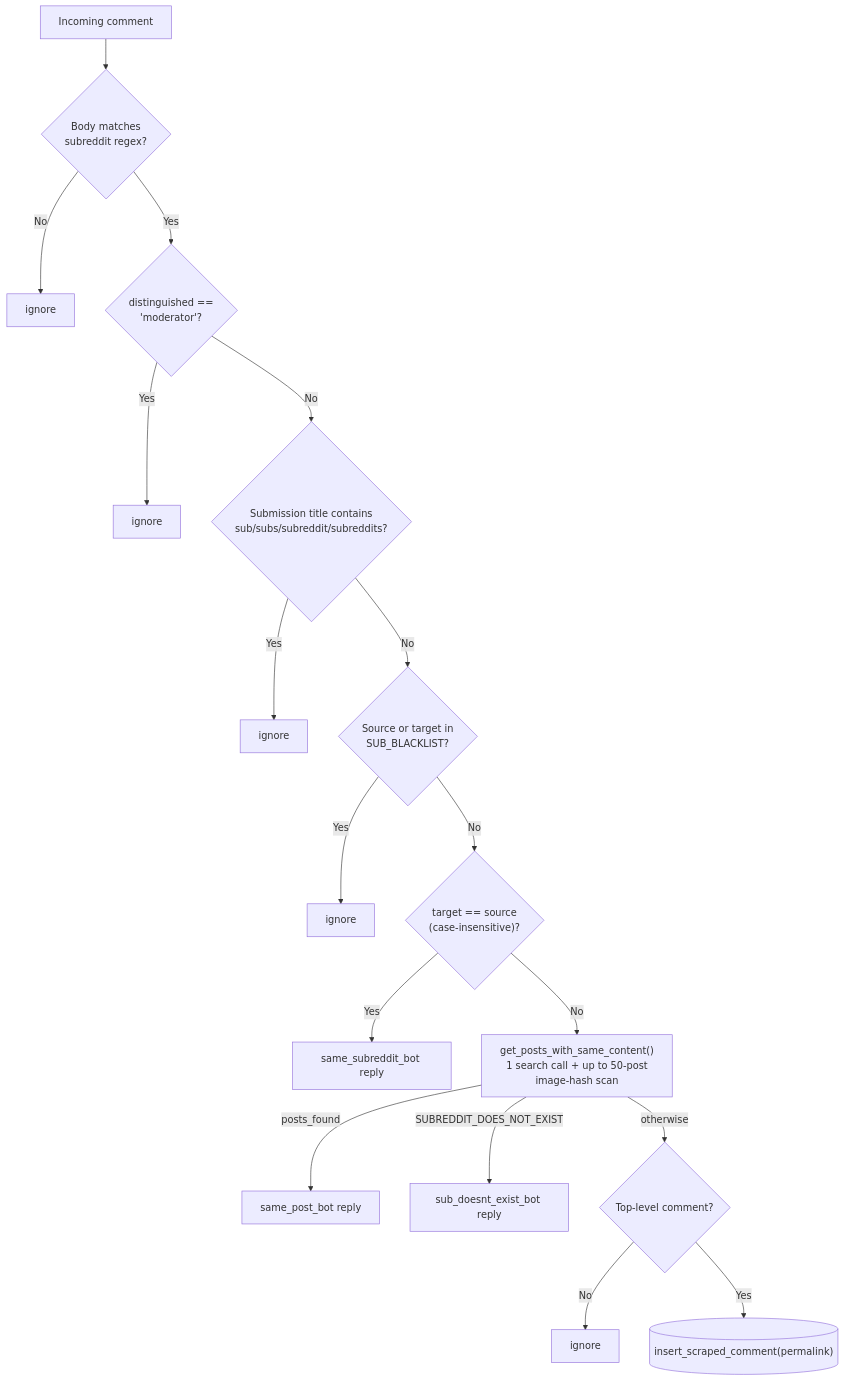
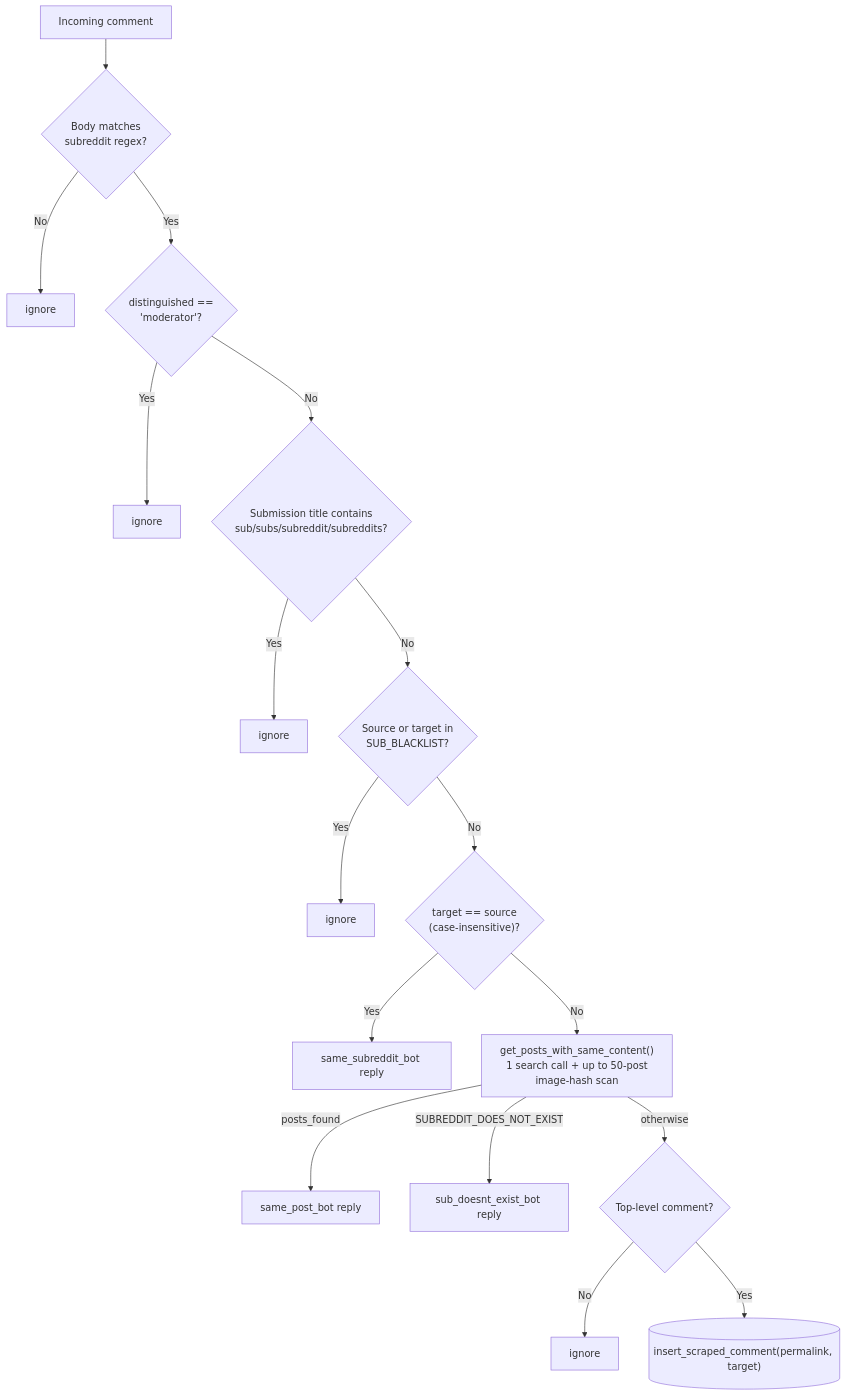
One commit to Toldry/RedditAutoCrosspostBot changed the second of 3 diagrams in AGENTS.md. Above: the diagram before and after it, drawn with Mermaid. The commit also changed other lines of this file and 1 other file, not shown here.

````diff
--- a/AGENTS.md
+++ b/AGENTS.md
@@ -75,19 +75,19 @@
 ```mermaid
 flowchart TD
     S["Incoming comment"] --> R{"Body matches\nsubreddit regex?"}
     R -->|No| X1["ignore"]
     R -->|Yes| M{"distinguished ==\n'moderator'?"}
     M -->|Yes| X2["ignore"]
     M -->|No| T{"Submission title contains\nsub/subs/subreddit/subreddits?"}
     T -->|Yes| X3["ignore"]
     T -->|No| BL{"Source or target in\nSUB_BLACKLIST?"}
     BL -->|Yes| X4["ignore"]
     BL -->|No| SS{"target == source\n(case-insensitive)?"}
     SS -->|Yes| A1["same_subreddit_bot reply"]
     SS -->|No| DUP["get_posts_with_same_content()\n1 search call + up to 50-post\nimage-hash scan"]
     DUP -->|posts_found| A2["same_post_bot reply"]
     DUP -->|SUBREDDIT_DOES_NOT_EXIST| A3["sub_doesnt_exist_bot reply"]
     DUP -->|otherwise| TL{"Top-level comment?"}
     TL -->|No| X5["ignore"]
-    TL -->|Yes| DB[("insert_scraped_comment(permalink)")]
+    TL -->|Yes| DB[("insert_scraped_comment(permalink, target)")]
 ```
````
